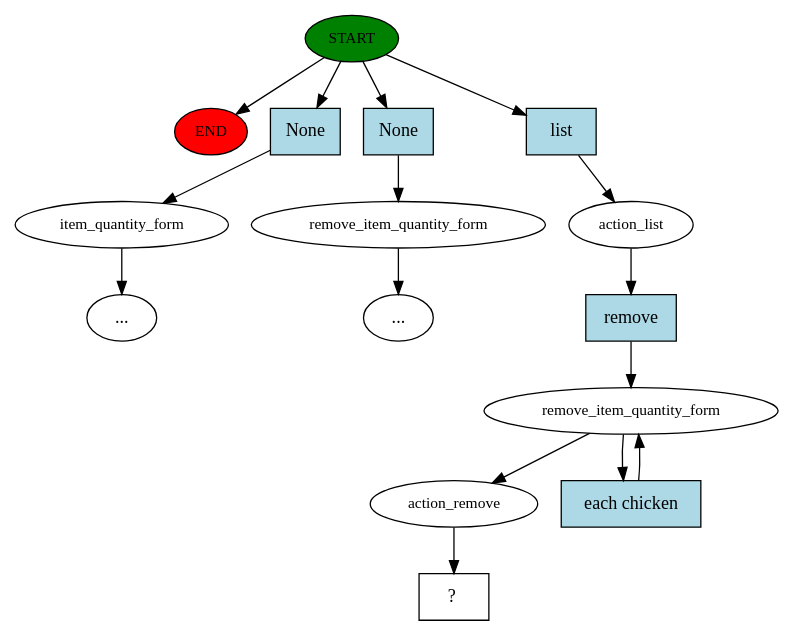
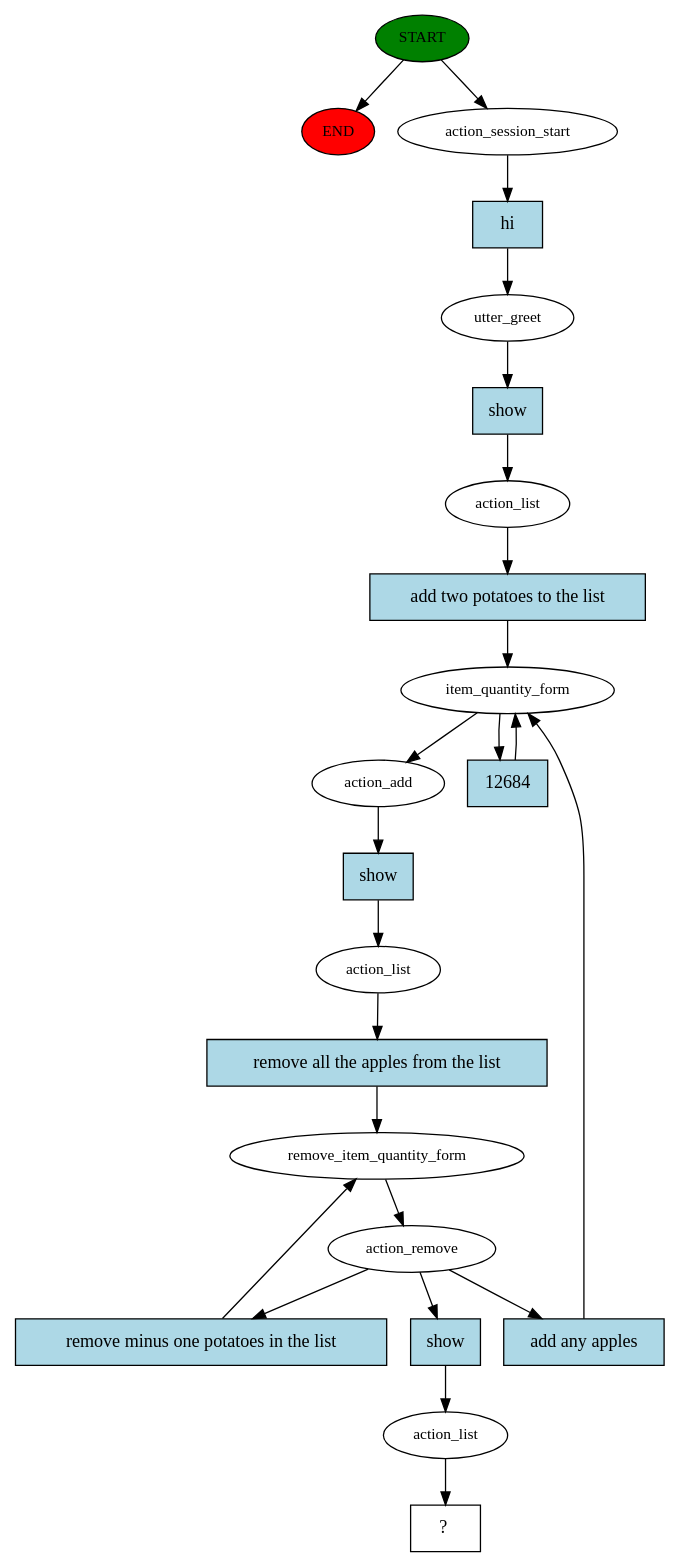
Before and after one commit to wwertyexp/CrMidTerm: the diagram in story_graph.dot, drawn with Graphviz. The commit also changed 4 other files, not shown here.

Commit message:
add reset list intent, still to test

```diff
--- a/story_graph.dot
+++ b/story_graph.dot
@@ -1,32 +1,46 @@
 digraph  {
 0 [class="start active", fillcolor=green, fontsize=12, label=START, style=filled];
 "-1" [class=end, fillcolor=red, fontsize=12, label=END, style=filled];
-1 [class="", fontsize=12, label=item_quantity_form];
-"-3" [class=ellipsis, label="..."];
-2 [class="", fontsize=12, label=remove_item_quantity_form];
-"-4" [class=ellipsis, label="..."];
+1 [class=active, fontsize=12, label=action_session_start];
+2 [class=active, fontsize=12, label=utter_greet];
 3 [class=active, fontsize=12, label=action_list];
-4 [class=active, fontsize=12, label=remove_item_quantity_form];
-6 [class=active, fontsize=12, label=action_remove];
-7 [class="intent dashed active", label="  ?  ", shape=rect];
-8 [class=intent, fillcolor=lightblue, label=None, shape=rect, style=filled];
-9 [class=intent, fillcolor=lightblue, label=None, shape=rect, style=filled];
-10 [class="intent active", fillcolor=lightblue, label=list, shape=rect, style=filled];
-11 [class="intent active", fillcolor=lightblue, label=remove, shape=rect, style=filled];
-12 [class="intent active", fillcolor=lightblue, label="each chicken", shape=rect, style=filled];
+4 [class=active, fontsize=12, label=item_quantity_form];
+5 [class=active, fontsize=12, label=action_add];
+6 [class=active, fontsize=12, label=action_list];
+7 [class=active, fontsize=12, label=remove_item_quantity_form];
+8 [class=active, fontsize=12, label=action_remove];
+23 [class=active, fontsize=12, label=action_list];
+24 [class="intent dashed active", label="  ?  ", shape=rect];
+25 [class="intent active", fillcolor=lightblue, label=hi, shape=rect, style=filled];
+26 [class="intent active", fillcolor=lightblue, label=show, shape=rect, style=filled];
+27 [class="intent active", fillcolor=lightblue, label="add two potatoes to the list", shape=rect, style=filled];
+28 [class="intent active", fillcolor=lightblue, label=12684, shape=rect, style=filled];
+29 [class="intent active", fillcolor=lightblue, label=show, shape=rect, style=filled];
+30 [class="intent active", fillcolor=lightblue, label="remove all the apples from the list", shape=rect, style=filled];
+31 [class="intent active", fillcolor=lightblue, label="remove minus one potatoes in the list", shape=rect, style=filled];
+32 [class="intent active", fillcolor=lightblue, label=show, shape=rect, style=filled];
+33 [class="intent active", fillcolor=lightblue, label="add any apples", shape=rect, style=filled];
 0 -> "-1"  [class="", key=NONE, label=""];
-0 -> 8  [class="", key=0];
-0 -> 9  [class="", key=0];
-0 -> 10  [class=active, key=0];
-1 -> "-3"  [class="", key=NONE, label=""];
-2 -> "-4"  [class="", key=NONE, label=""];
-3 -> 11  [class=active, key=0];
-4 -> 6  [class=active, key=NONE, label=""];
-4 -> 12  [class=active, key=0];
-6 -> 7  [class=active, key=NONE, label=""];
-8 -> 1  [class="", key=0];
-9 -> 2  [class="", key=0];
-10 -> 3  [class=active, key=0];
-11 -> 4  [class=active, key=0];
-12 -> 4  [class=active, key=0];
+0 -> 1  [class=active, key=NONE, label=""];
+1 -> 25  [class=active, key=0];
+2 -> 26  [class=active, key=0];
+3 -> 27  [class=active, key=0];
+4 -> 5  [class=active, key=NONE, label=""];
+4 -> 28  [class=active, key=0];
+5 -> 29  [class=active, key=0];
+6 -> 30  [class=active, key=0];
+7 -> 8  [class=active, key=NONE, label=""];
+8 -> 31  [class=active, key=0];
+8 -> 32  [class=active, key=0];
+8 -> 33  [class=active, key=0];
+23 -> 24  [class=active, key=NONE, label=""];
+25 -> 2  [class=active, key=0];
+26 -> 3  [class=active, key=0];
+27 -> 4  [class=active, key=0];
+28 -> 4  [class=active, key=0];
+29 -> 6  [class=active, key=0];
+30 -> 7  [class=active, key=0];
+31 -> 7  [class=active, key=0];
+32 -> 23  [class=active, key=0];
+33 -> 4  [class=active, key=0];
 }
```
